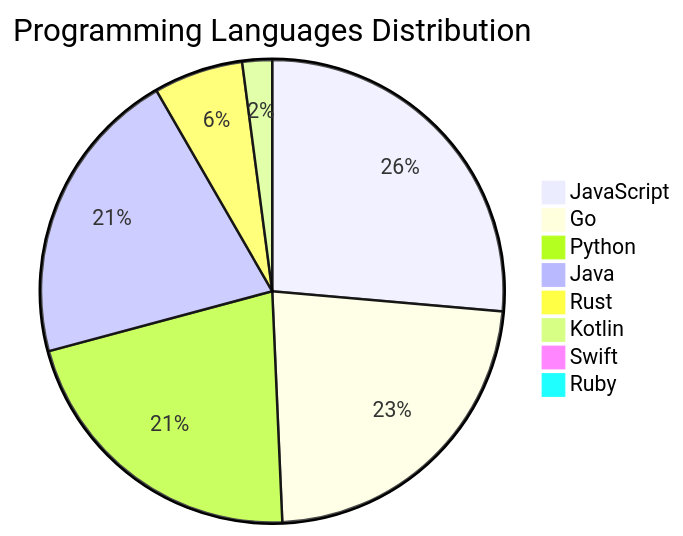
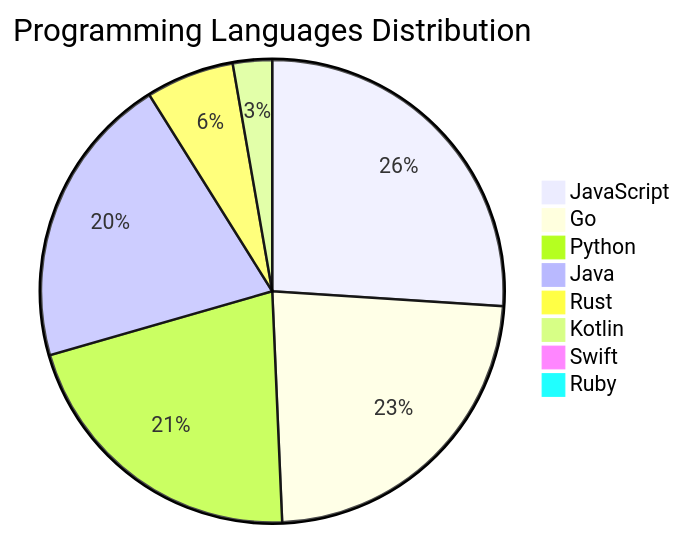
Before and after one commit to Derrick-MUGISHA/github-activity-bot: the diagram in README.md, drawn with Mermaid. The commit also changed other lines of this file and 4 other files, not shown here.

````diff
--- a/README.md
+++ b/README.md
@@ -210,11 +210,11 @@
 ```mermaid
 pie title Programming Languages Distribution
     "JavaScript" : 38
-    "Go" : 33
+    "Go" : 34
     "Python" : 31
     "Java" : 30
     "Rust" : 9
-    "Kotlin" : 3
+    "Kotlin" : 4
     "Swift" : 1
     "Ruby" : 1
 ```
````
